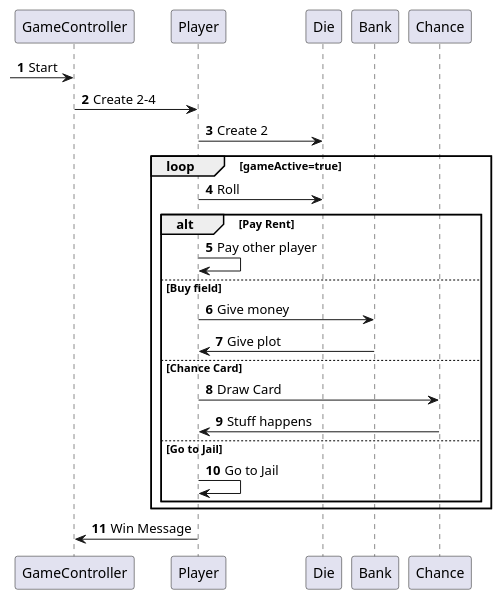
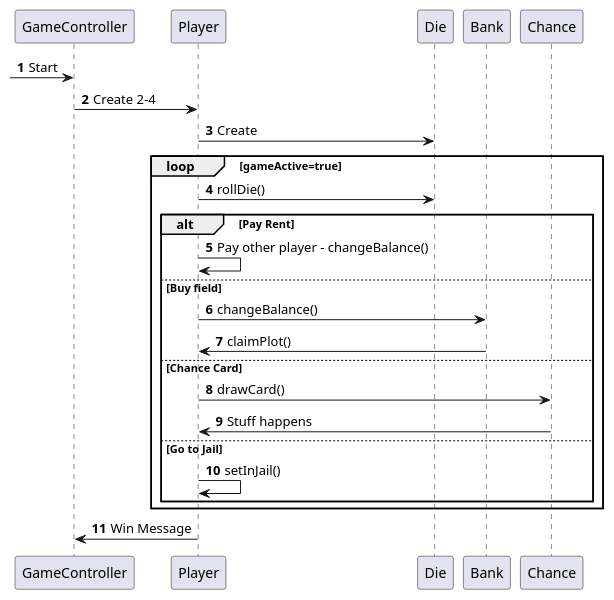
The diagram in src/UML/CDIO3SequenceDiagram.puml (DTUgruppe15/15_del3), drawn with PlantUML before and after one commit. The commit also changed 2 other files, not shown here.

Commit message:
Updated UML

```diff
--- a/src/UML/CDIO3SequenceDiagram.puml
+++ b/src/UML/CDIO3SequenceDiagram.puml
@@ -1,26 +1,26 @@
 @startuml
 'https://plantuml.com/sequence-diagram
 
 autonumber
 
 [->GameController:Start
 GameController -> Player:Create 2-4
-Player -> Die:Create 2
+Player -> Die:Create
 loop gameActive=true
-    Player -> Die:Roll
+    Player -> Die:rollDie()
 
     alt Pay Rent
-        Player -> Player:Pay other player
+        Player -> Player:Pay other player - changeBalance()
     else Buy field
-        Player -> Bank:Give money
-        Bank -> Player:Give plot
+        Player -> Bank:changeBalance()
+        Bank -> Player:claimPlot()
     else Chance Card
-        Player -> Chance:Draw Card
+        Player -> Chance:drawCard()
         Chance -> Player:Stuff happens
     else Go to Jail
-        Player -> Player:Go to Jail
+        Player -> Player:setInJail()
     end
 end
 Player -> GameController:Win Message
 
 @enduml
```
